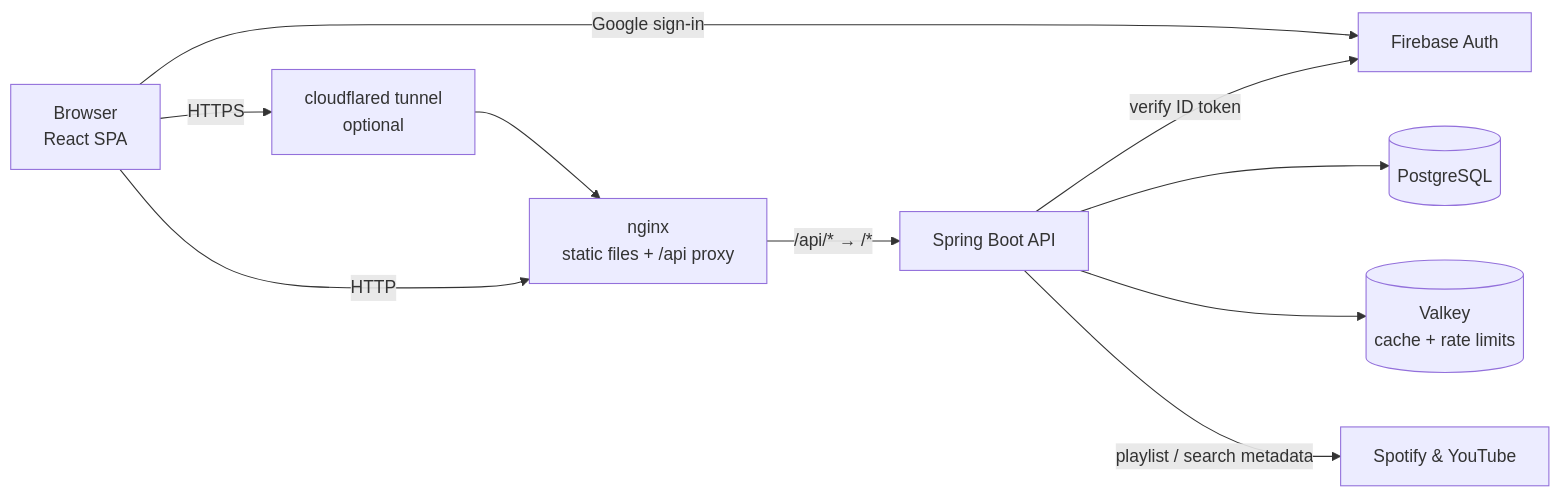
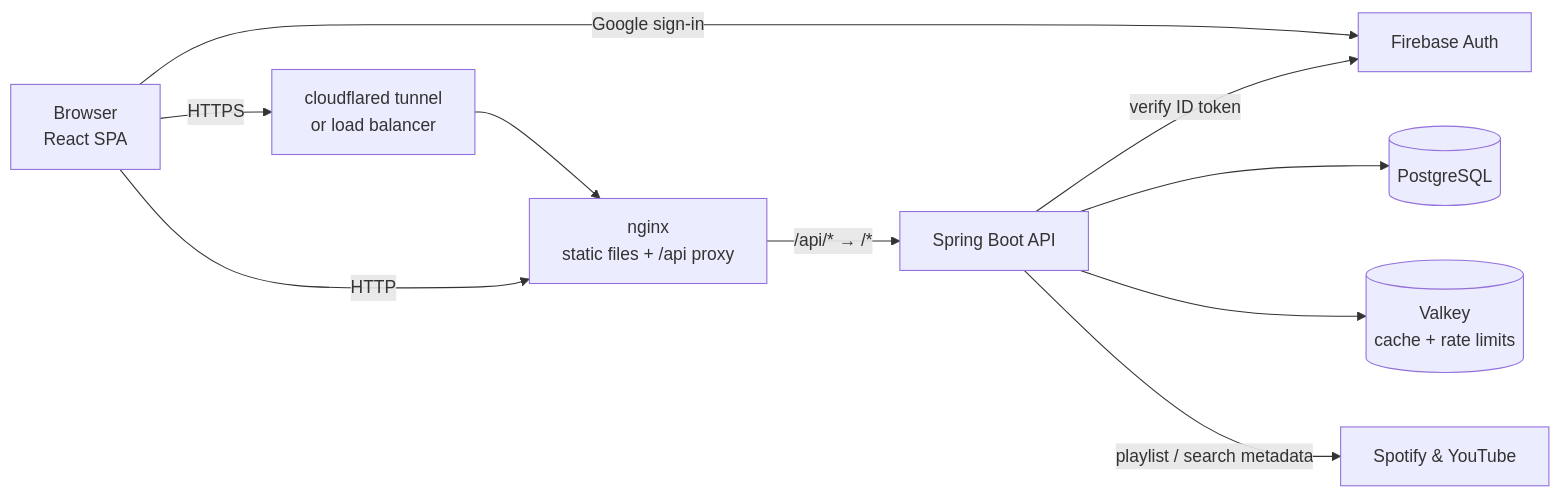
The diagram in README.md (haji5/duely), drawn with Mermaid before and after one commit. The commit also changed other lines of this file and 3 other files, not shown here.

````diff
--- a/README.md
+++ b/README.md
@@ -58,12 +58,12 @@
 ```mermaid
 flowchart LR
     U[Browser<br/>React SPA] -->|Google sign-in| FA[Firebase Auth]
-    U -->|HTTPS| T[cloudflared tunnel<br/>optional]
+    U -->|HTTPS| T[cloudflared tunnel<br/>or load balancer]
     T --> N
     U -->|HTTP| N[nginx<br/>static files + /api proxy]
     N -->|/api/* → /*| B[Spring Boot API]
     B -->|verify ID token| FA
     B --> P[(PostgreSQL)]
     B --> V[(Valkey<br/>cache + rate limits)]
     B -->|playlist / search metadata| X[Spotify & YouTube]
 ```
````
